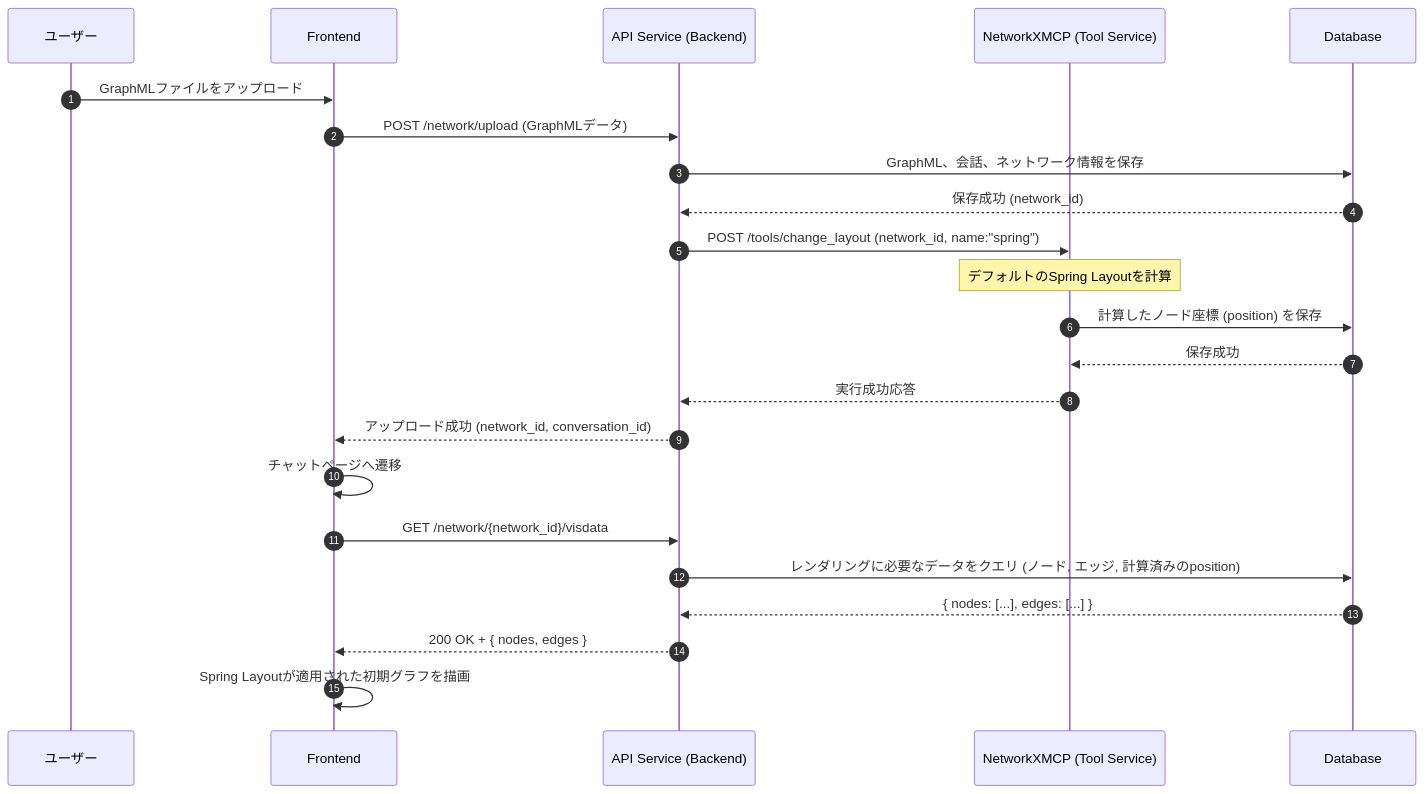
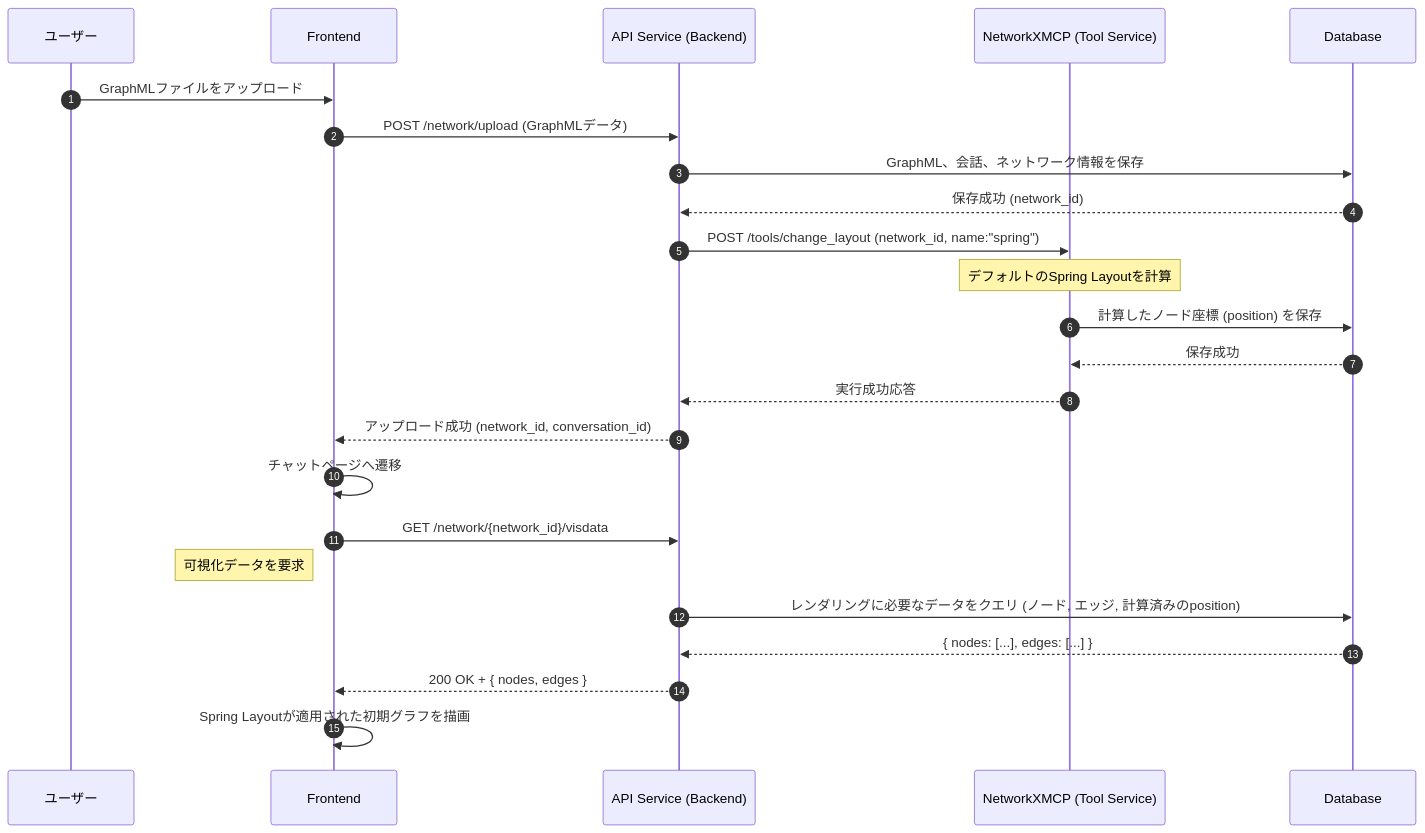
The first of 3 diagrams in specification/Interactions.md (vdslab/LLMGraphvis), drawn with Mermaid before and after one commit. The commit also changed other lines of this file, not shown here.

Commit message:
docs: Enhance sequence diagrams with additional notes for clarity on user interactions and backend processes

````diff
--- a/specification/Interactions.md
+++ b/specification/Interactions.md
@@ -13,35 +13,36 @@
 ```mermaid
 sequenceDiagram
     autonumber
     participant U as ユーザー
     participant F as Frontend
     participant B as API Service (Backend)
     participant N as NetworkXMCP (Tool Service)
     participant DB as Database
 
     %% Step 1: User uploads a file
     U->>F: GraphMLファイルをアップロード
     F->>B: POST /network/upload (GraphMLデータ)
 
     %% Step 2: Backend saves initial data and requests default layout calculation
     B->>DB: GraphML、会話、ネットワーク情報を保存
     DB-->>B: 保存成功 (network_id)
     B->>N: POST /tools/change_layout (network_id, name:"spring")
     note over N: デフォルトのSpring Layoutを計算
 
     %% Step 3: NetworkXMCP computes and saves layout
     N->>DB: 計算したノード座標 (position) を保存
     DB-->>N: 保存成功
     N-->>B: 実行成功応答
     B-->>F: アップロード成功 (network_id, conversation_id)
 
     %% Step 4: Frontend navigates and fetches the initial graph data
     F->>F: チャットページへ遷移
     F->>B: GET /network/{network_id}/visdata
+    note left of F: 可視化データを要求
     B->>DB: レンダリングに必要なデータをクエリ (ノード, エッジ, 計算済みのposition)
     DB-->>B: { nodes: [...], edges: [...] }
     B-->>F: 200 OK + { nodes, edges }
 
     %% Step 5: Frontend renders the initial graph
     F->>F: Spring Layoutが適用された初期グラフを描画
 ```
````
